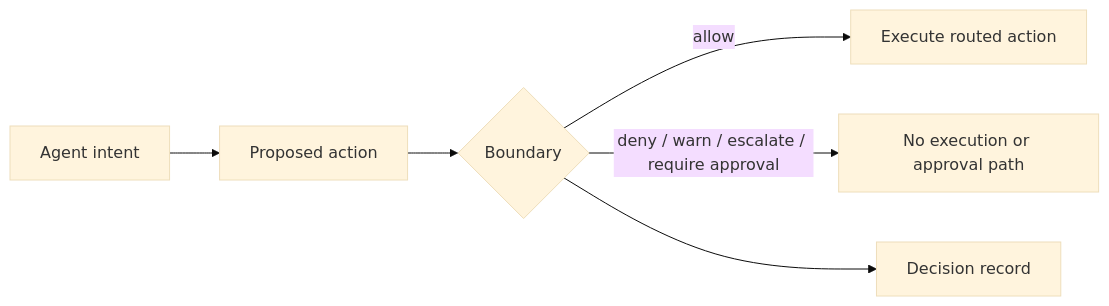
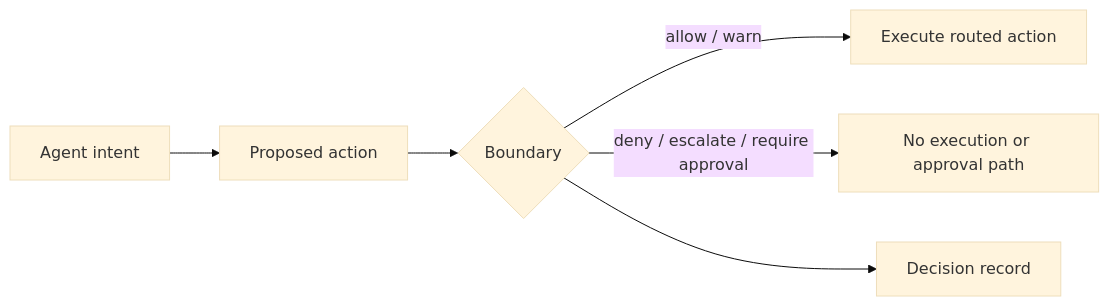
One commit to Fulcrum-Governance/Fulcrum-Boundary changed the diagram in README.md. Above: the diagram before and after it, drawn with Mermaid (base theme).

Commit message:
docs(readme): show that a warn executes in the pipeline diagram (#267)

````diff
--- a/README.md
+++ b/README.md
@@ -205,8 +205,8 @@
 ```mermaid
 flowchart LR
   A[Agent intent] --> B[Proposed action]
   B --> C{Boundary}
-  C -->|allow| D[Execute routed action]
-  C -->|deny / warn / escalate / require approval| E[No execution or approval path]
+  C -->|allow / warn| D[Execute routed action]
+  C -->|deny / escalate / require approval| E[No execution or approval path]
   C --> F[Decision record]
 ```
````
